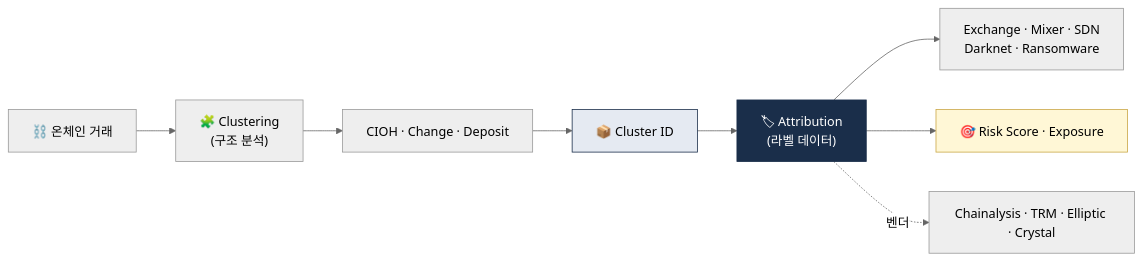
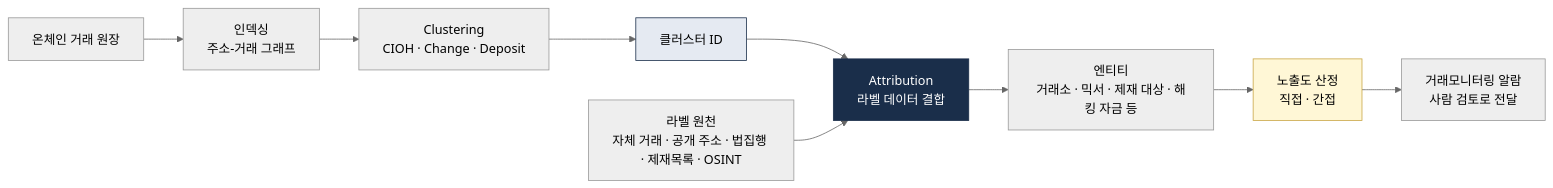
The first of 4 diagrams in notes/4-technology/blockchain-analytics.md (lala-david/aml-notes), drawn with Mermaid (neutral theme) before and after one commit. The commit also changed other lines of this file and 379 other files, not shown here.

First line of the commit message:
notes,kb,en,deep,charts: 2026-10-21 기준 정정 46건 반영 — 출처 없는 수치를 걷어내고 다이어그램을 다시 그림

````diff
--- a/notes/4-technology/blockchain-analytics.md
+++ b/notes/4-technology/blockchain-analytics.md
@@ -16,13 +19,14 @@
 ```mermaid
 flowchart LR
-    TX["⛓️ 온체인 거래"] --> CL["🧩 Clustering<br/>(구조 분석)"]
-    CL --> CIOH["CIOH · Change · Deposit"]
-    CIOH --> C["📦 Cluster ID"]
-    C --> A["🏷 Attribution<br/>(라벨 데이터)"]
-    A --> E["Exchange · Mixer · SDN<br/>Darknet · Ransomware"]
-    A --> SCORE["🎯 Risk Score · Exposure"]
-    A -.벤더.-> V["Chainalysis · TRM · Elliptic · Crystal"]
+    TX["온체인 거래 원장"] --> IDX["인덱싱<br/>주소-거래 그래프"]
+    IDX --> CL["Clustering<br/>CIOH · Change · Deposit"]
+    CL --> C["클러스터 ID"]
+    C --> AT["Attribution<br/>라벨 데이터 결합"]
+    LB["라벨 원천<br/>자체 거래 · 공개 주소 · 법집행 · 제재목록 · OSINT"] --> AT
+    AT --> E["엔티티<br/>거래소 · 믹서 · 제재 대상 · 해킹 자금 등"]
+    E --> EX["노출도 산정<br/>직접 · 간접"]
+    EX --> OUT["거래모니터링 알람<br/>사람 검토로 전달"]
     style C fill:#e5eaf2,stroke:#1a2e4a
-    style A fill:#1a2e4a,color:#fff,stroke:#1a2e4a
-    style SCORE fill:#fff7d6,stroke:#c9a646
+    style AT fill:#1a2e4a,color:#fff,stroke:#1a2e4a
+    style EX fill:#fff7d6,stroke:#c9a646
 ```
````
